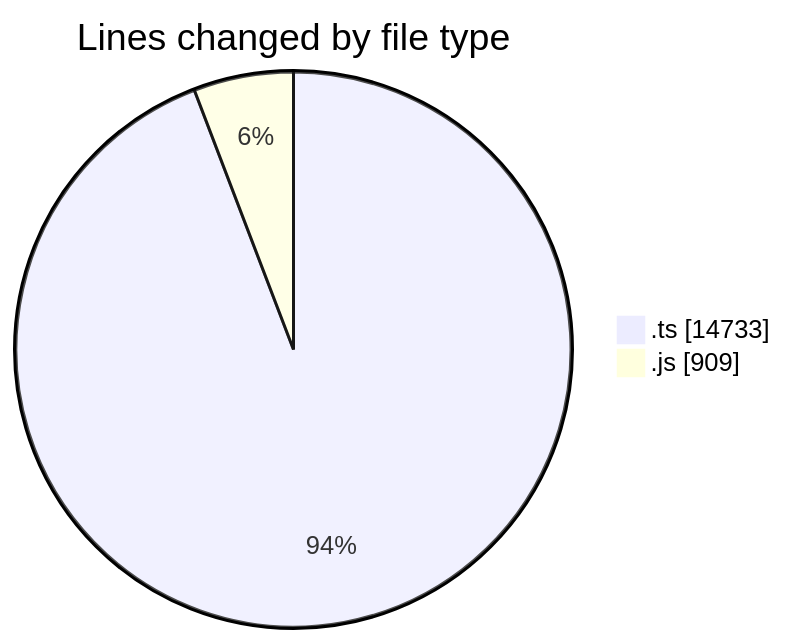
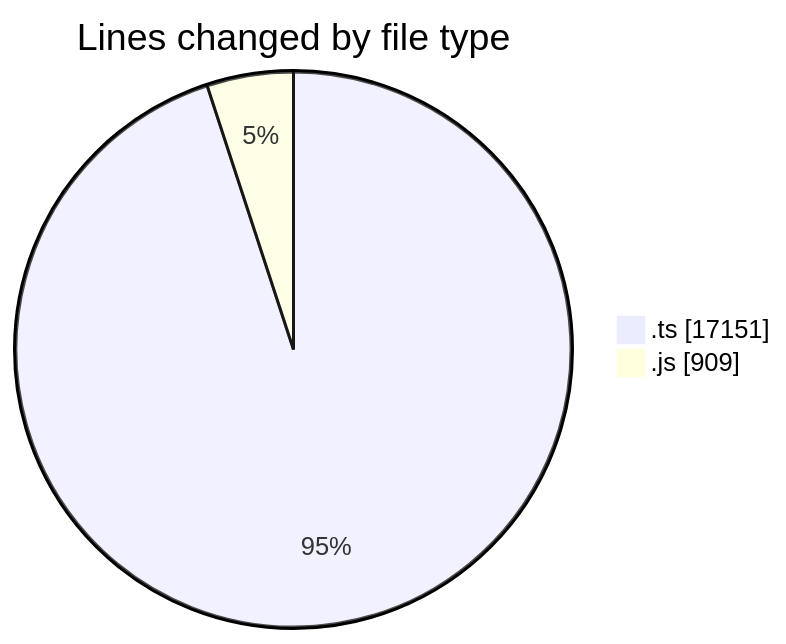
Before and after one commit to momahboobian/code-tracking: the first of 2 diagrams in 2026-02-03/cda/README.md, drawn with Mermaid. The commit also changed other lines of this file and 1 other file, not shown here.

````diff
--- a/2026-02-03/cda/README.md
+++ b/2026-02-03/cda/README.md
@@ -24,6 +24,6 @@
 ```mermaid
 pie showData
 title Lines changed by file type
-".ts" : 14733
+".ts" : 17151
 ".js" : 909
 ```
````
